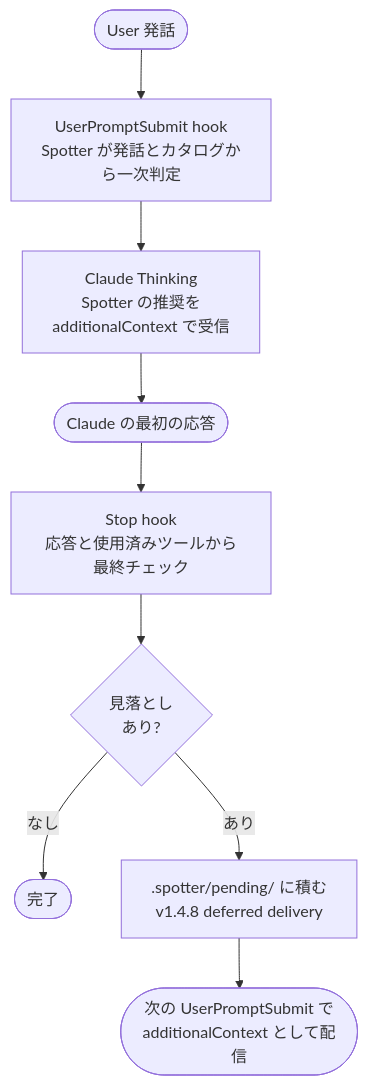
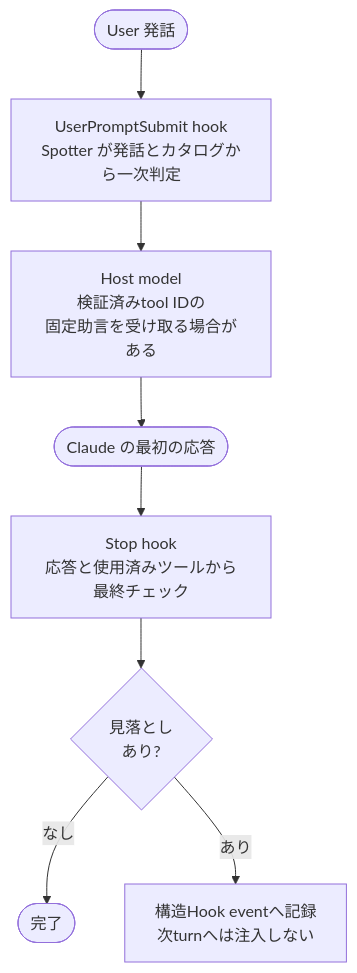
The first of 2 diagrams in README.ja.md (kitepon-rgb/Spotter), drawn with Mermaid before and after one commit. The commit also changed other lines of this file and 21 other files, not shown here.

````diff
--- a/README.ja.md
+++ b/README.ja.md
@@ -95,11 +95,10 @@
 ```mermaid
 flowchart TD
     U([User 発話]) --> UPH[UserPromptSubmit hook<br/>Spotter が発話とカタログから一次判定]
-    UPH --> BT[Claude Thinking<br/>Spotter の推奨を<br/>additionalContext で受信]
+    UPH --> BT[Host model<br/>検証済みtool IDの<br/>固定助言を受け取る場合がある]
     BT --> BA([Claude の最初の応答])
     BA --> SH[Stop hook<br/>応答と使用済みツールから最終チェック]
     SH --> DEC{見落とし<br/>あり?}
     DEC -->|なし| DONE([完了])
-    DEC -->|あり| SB[.spotter/pending/ に積む<br/>v1.4.8 deferred delivery]
-    SB --> NEXT([次の UserPromptSubmit で<br/>additionalContext として配信])
+    DEC -->|あり| EVT[構造Hook eventへ記録<br/>次turnへは注入しない]
 ```
````
